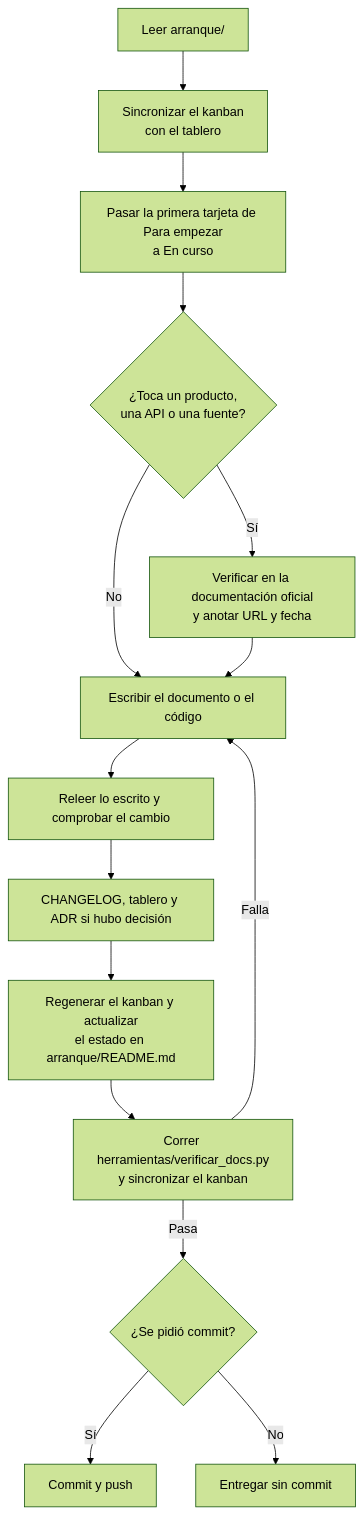
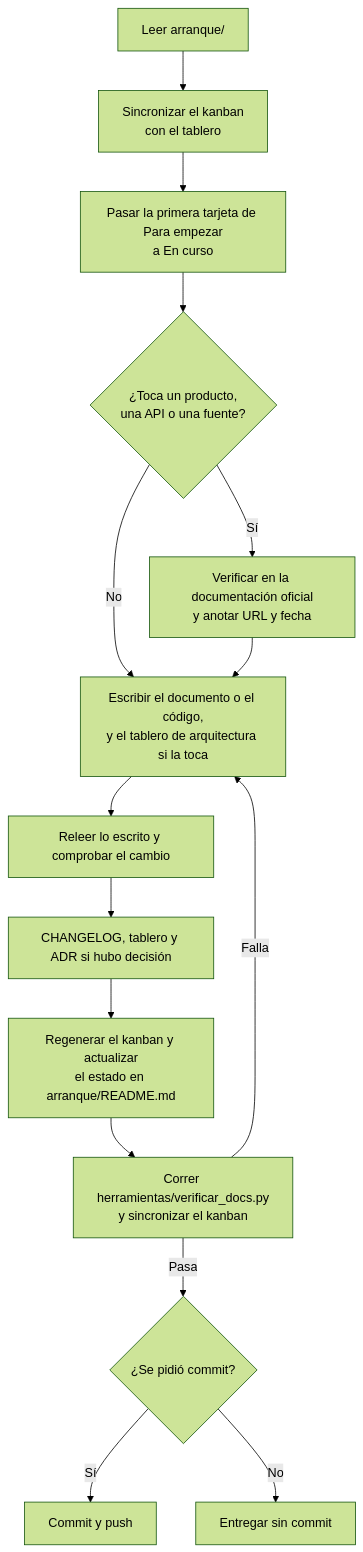
Before and after one commit to andresdiegolanda/el-parte: the first of 2 diagrams in arranque/como-se-trabaja.md, drawn with Mermaid (forest theme). The commit also changed other lines of this file and 23 other files, not shown here.

First line of the commit message:
Tablero de arquitectura (T32) y ADR 0012

````diff
--- a/arranque/como-se-trabaja.md
+++ b/arranque/como-se-trabaja.md
@@ -7,17 +7,17 @@
 ```mermaid
 flowchart TD
     A[Leer arranque/] --> S[Sincronizar el kanban<br/>con el tablero]
     S --> B[Pasar la primera tarjeta de Para empezar<br/>a En curso]
     B --> C{¿Toca un producto,<br/>una API o una fuente?}
     C -- Sí --> D[Verificar en la documentación oficial<br/>y anotar URL y fecha]
     C -- No --> E
-    D --> E[Escribir el documento o el código]
+    D --> E[Escribir el documento o el código,<br/>y el tablero de arquitectura si la toca]
     E --> F[Releer lo escrito y comprobar el cambio]
     F --> H[CHANGELOG, tablero y ADR si hubo decisión]
     H --> I[Regenerar el kanban y actualizar<br/>el estado en arranque/README.md]
     I --> G[Correr herramientas/verificar_docs.py<br/>y sincronizar el kanban]
     G -- Falla --> E
     G -- Pasa --> J{¿Se pidió commit?}
     J -- Sí --> K[Commit y push]
     J -- No --> L[Entregar sin commit]
 ```
````
